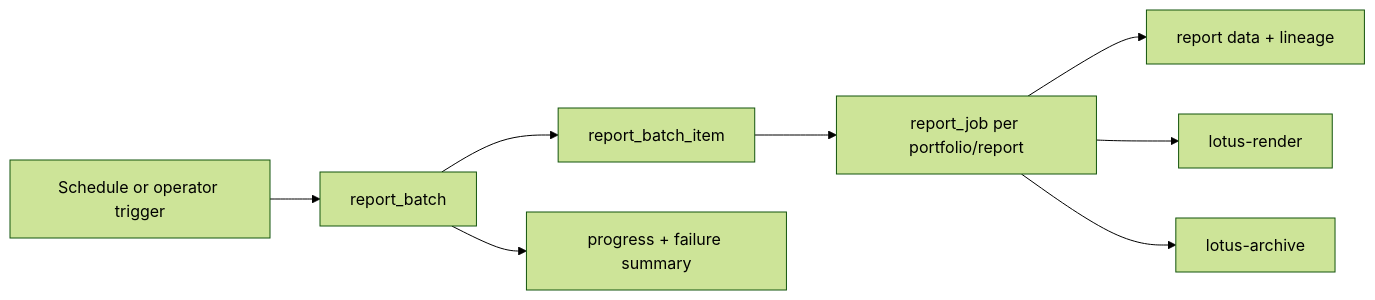
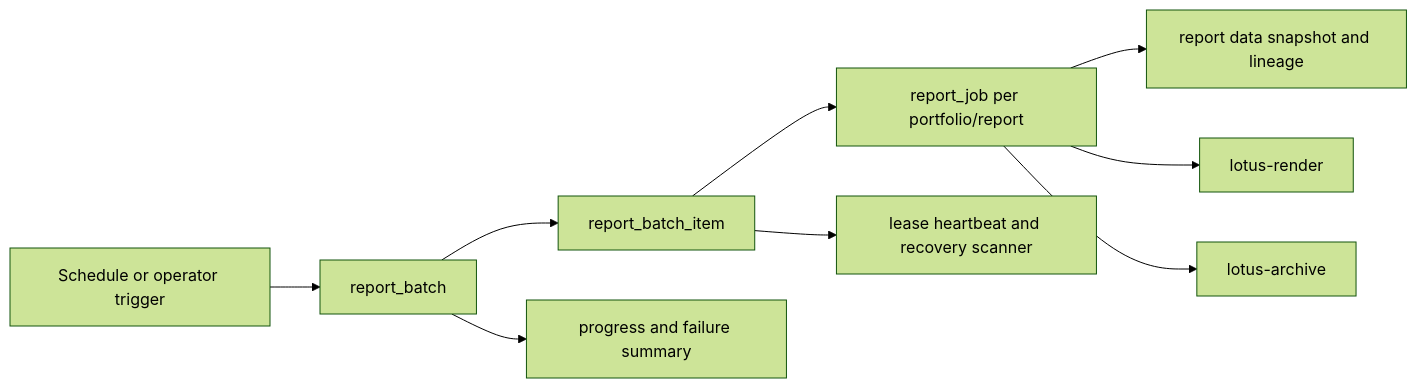
Before and after one commit to sgajbi/lotus-platform: the diagram in rfcs/RFC-0104-batch-reporting-scheduler-concurrency-and-recovery.md, drawn with Mermaid (forest theme). The commit also changed other lines of this file and 1 other file, not shown here.

````diff
--- a/rfcs/RFC-0104-batch-reporting-scheduler-concurrency-and-recovery.md
+++ b/rfcs/RFC-0104-batch-reporting-scheduler-concurrency-and-recovery.md
@@ -57,10 +155,11 @@
 ```mermaid
 flowchart LR
     TRIGGER[Schedule or operator trigger] --> BATCH[report_batch]
     BATCH --> ITEMS[report_batch_item]
     ITEMS --> JOBS[report_job per portfolio/report]
-    JOBS --> DATA[report data + lineage]
+    JOBS --> DATA[report data snapshot and lineage]
     JOBS --> RENDER[lotus-render]
     JOBS --> ARCHIVE[lotus-archive]
-    BATCH --> PROGRESS[progress + failure summary]
+    ITEMS --> RECOVERY[lease heartbeat and recovery scanner]
+    BATCH --> PROGRESS[progress and failure summary]
 ```
````
